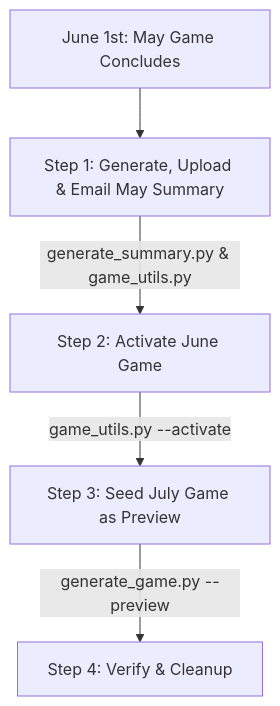
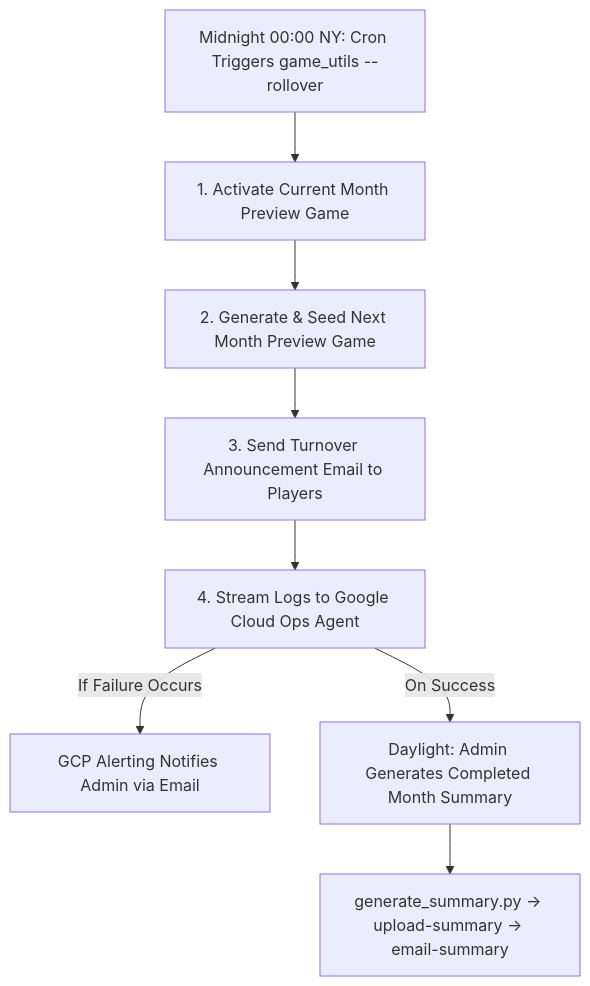
One commit to lucienve/geodashing-v2 changed the diagram in docs/game_rollover.md. Above: the diagram before and after it, drawn with Mermaid. The commit also changed other lines of this file and 9 other files, not shown here.

First line of the commit message:
feat: automate end-of-month game turnover and cloud alerting

````diff
--- a/docs/game_rollover.md
+++ b/docs/game_rollover.md
@@ -18,7 +23,10 @@
 ```mermaid
 graph TD
-    A[June 1st: May Game Concludes] --> B[Step 1: Generate, Upload & Email May Summary]
-    B -->|generate_summary.py & game_utils.py| C[Step 2: Activate June Game]
-    C -->|game_utils.py --activate| D[Step 3: Seed July Game as Preview]
-    D -->|generate_game.py --preview| E[Step 4: Verify & Cleanup]
+    A[Midnight 00:00 NY: Cron Triggers game_utils --rollover] --> B[1. Activate Current Month Preview Game]
+    B --> C[2. Generate & Seed Next Month Preview Game]
+    C --> D[3. Send Turnover Announcement Email to Players]
+    D --> E[4. Stream Logs to Google Cloud Ops Agent]
+    E -->|If Failure Occurs| F[GCP Alerting Notifies Admin via Email]
+    E -->|On Success| G[Daylight: Admin Generates Completed Month Summary]
+    G --> H[generate_summary.py -> upload-summary -> email-summary]
 ```
````
